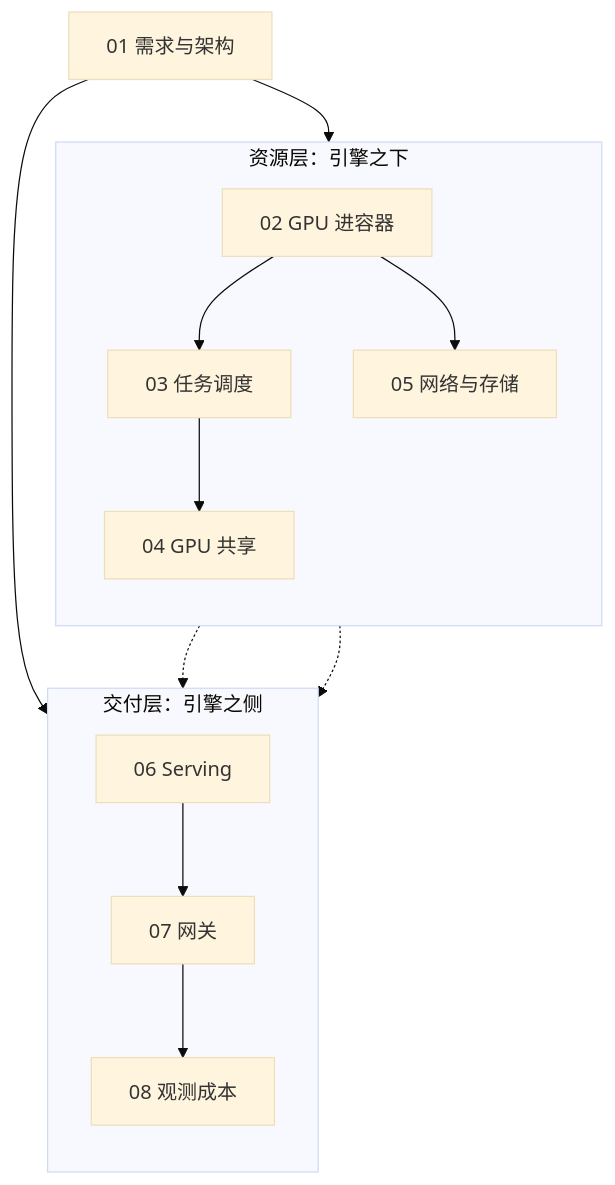
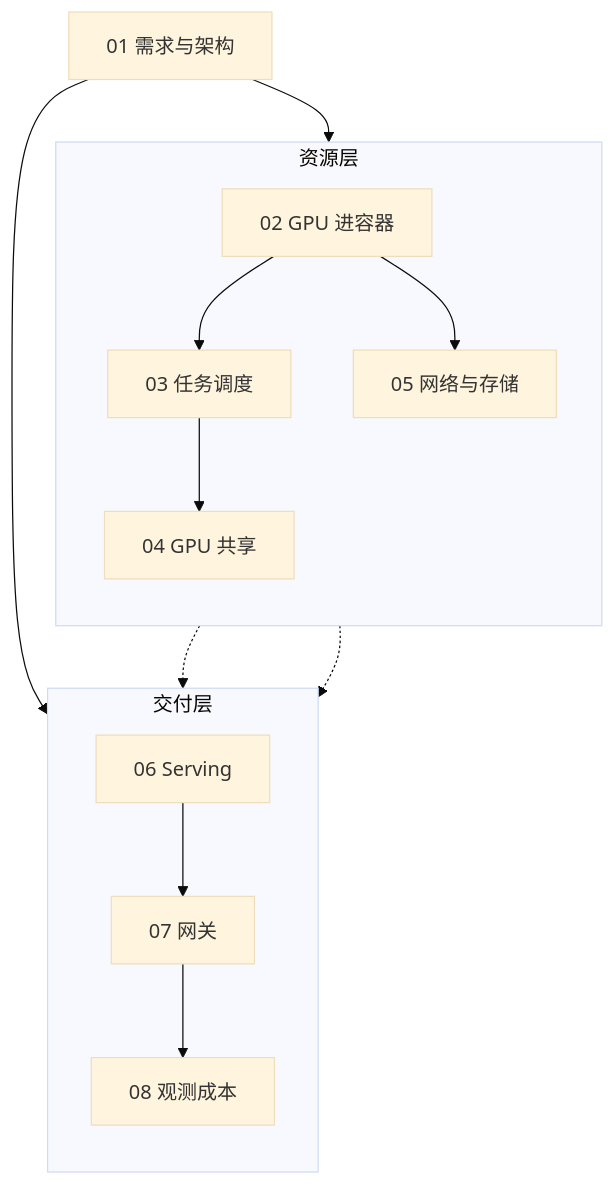
The diagram in slides/2026-09-22-ai-platform-engineering.md (arganzheng/arganzheng.github.com), drawn with Mermaid (base theme) before and after one commit. The commit also changed other lines of this file, not shown here.

Commit message:
slides(2026-09-22-ai-platform-engineering): 图内文字 ≥14px——标签缩短/拆分/Unicode 数学

````diff
--- a/slides/2026-09-22-ai-platform-engineering.md
+++ b/slides/2026-09-22-ai-platform-engineering.md
@@ -35,17 +35,17 @@
 ```mermaid
 %%{init: {"flowchart": {"wrappingWidth": 160}}}%%
 flowchart TB
     P1["01 需求与架构"]
-    subgraph RES["资源层：引擎之下"]
+    subgraph RES["资源层"]
         direction TB
         P2["02 GPU 进容器"] --> P3["03 任务调度"] --> P4["04 GPU 共享"]
         P2 --> P5["05 网络与存储"]
     end
-    subgraph DEL["交付层：引擎之侧"]
+    subgraph DEL["交付层"]
         direction TB
         P6["06 Serving"] --> P7["07 网关"] --> P8["08 观测成本"]
     end
     P1 --> P2
     P1 --> P6
     P4 & P5 -.-> P6
 ```
````
